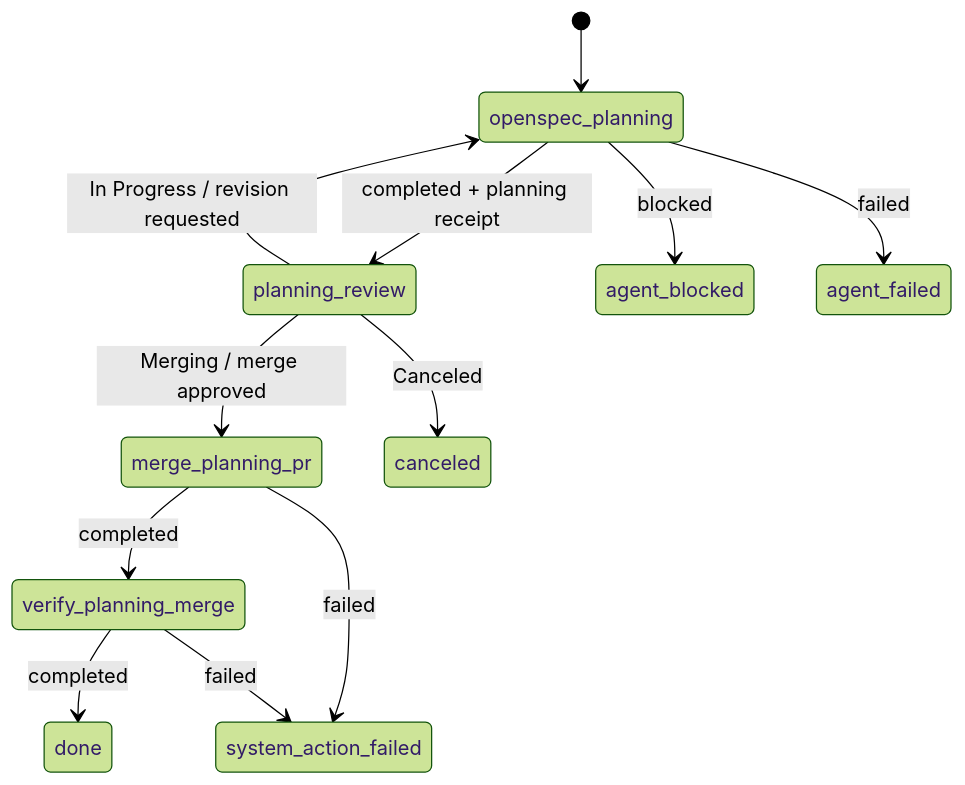
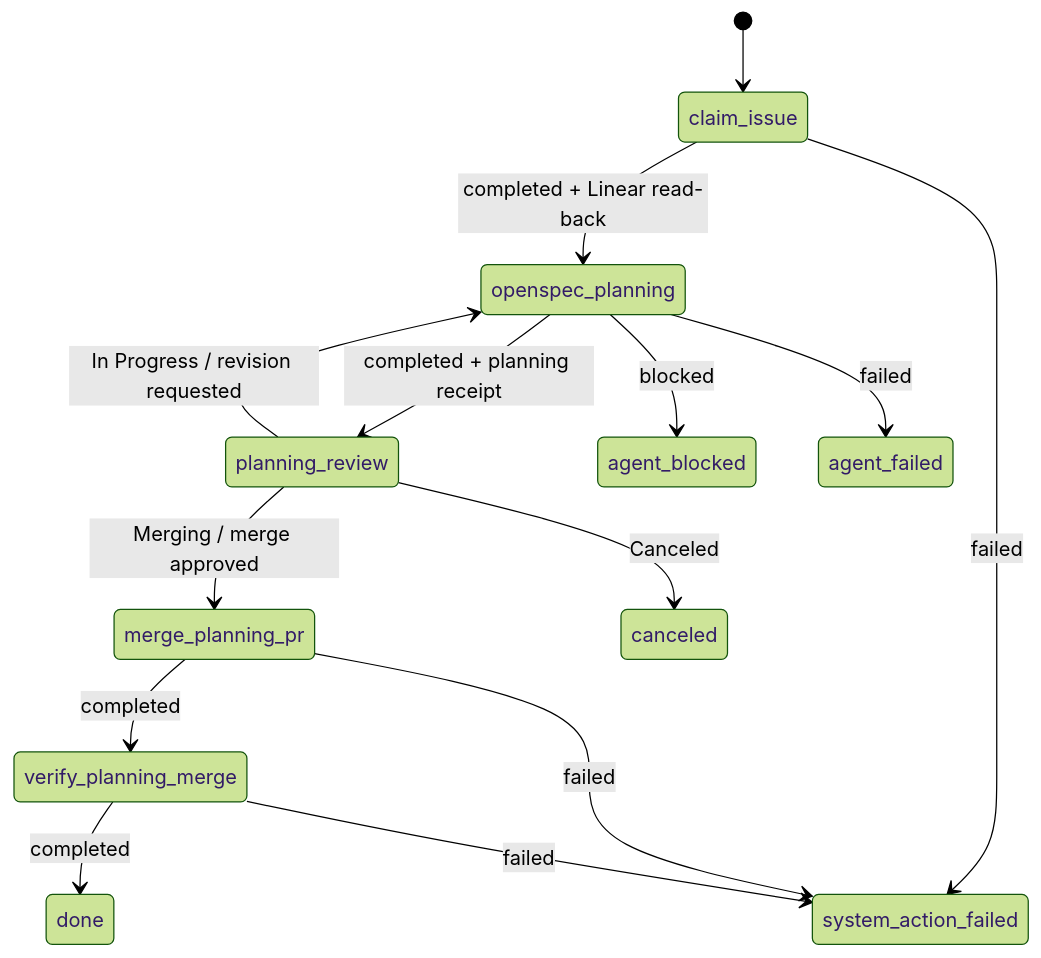
Before and after one commit to sachinkundu/deos: the second of 2 diagrams in openspec/changes/simplify-to-planning-pr-workflow/design.md, drawn with Mermaid (forest theme). The commit also changed other lines of this file and 14 other files, not shown here.

````diff
--- a/openspec/changes/simplify-to-planning-pr-workflow/design.md
+++ b/openspec/changes/simplify-to-planning-pr-workflow/design.md
@@ -130,14 +147,16 @@
 ```mermaid
 stateDiagram-v2
-    [*] --> openspec_planning
+    [*] --> claim_issue
+    claim_issue --> openspec_planning: completed + Linear read-back
+    claim_issue --> system_action_failed: failed
     openspec_planning --> planning_review: completed + planning receipt
     openspec_planning --> agent_blocked: blocked
     openspec_planning --> agent_failed: failed
     planning_review --> openspec_planning: In Progress / revision requested
     planning_review --> merge_planning_pr: Merging / merge approved
     planning_review --> canceled: Canceled
     merge_planning_pr --> verify_planning_merge: completed
     merge_planning_pr --> system_action_failed: failed
     verify_planning_merge --> done: completed
     verify_planning_merge --> system_action_failed: failed
 ```
````
